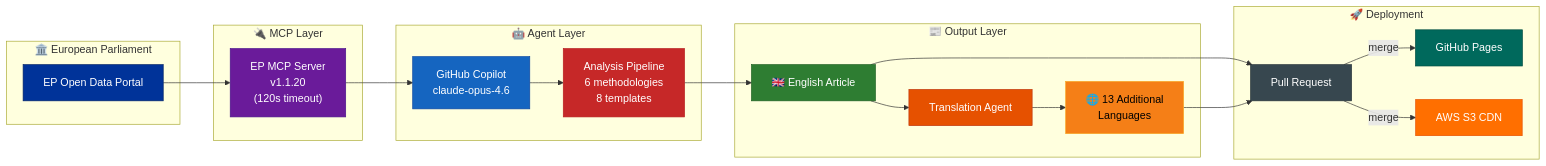
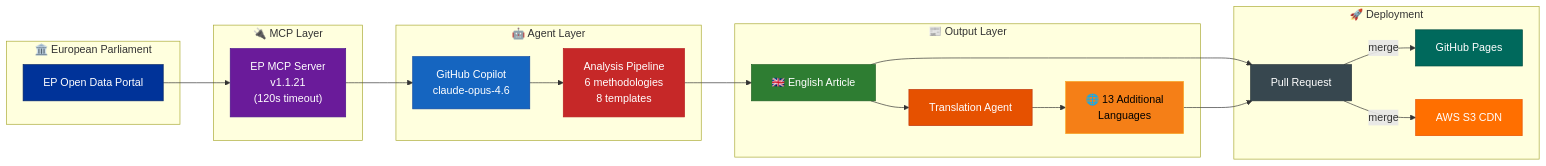
Diagram 21 of 21 in WORKFLOWS.md (Hack23/euparliamentmonitor), drawn with Mermaid before and after one commit. The commit also changed other lines of this file and 25 other files, not shown here.

First line of the commit message:
chore: update european-parliament-mcp-server references from 1.1.20 to 1.1.21 across all files

````diff
--- a/WORKFLOWS.md
+++ b/WORKFLOWS.md
@@ -1746,42 +1746,42 @@
 ```mermaid
 flowchart LR
     subgraph "🏛️ European Parliament"
         EP["EP Open Data Portal"]
     end
 
     subgraph "🔌 MCP Layer"
-        MCP["EP MCP Server<br/>v1.1.20<br/>(120s timeout)"]
+        MCP["EP MCP Server<br/>v1.1.21<br/>(120s timeout)"]
     end
 
     subgraph "🤖 Agent Layer"
         Agent["GitHub Copilot<br/>claude-opus-4.6"]
         Analyze["Analysis Pipeline<br/>6 methodologies<br/>8 templates"]
     end
 
     subgraph "📰 Output Layer"
         EN["🇬🇧 English Article"]
         Translate["Translation Agent"]
         Multi["🌐 13 Additional<br/>Languages"]
     end
 
     subgraph "🚀 Deployment"
         PR["Pull Request"]
         Pages["GitHub Pages"]
         S3["AWS S3 CDN"]
     end
 
     EP --> MCP --> Agent --> Analyze --> EN --> PR
     EN --> Translate --> Multi --> PR
     PR --> |"merge"| Pages & S3
 
     style EP fill:#003399,stroke:#002266,color:#FFFFFF
     style MCP fill:#6A1B9A,stroke:#4A148C,color:#FFFFFF
     style Agent fill:#1565C0,stroke:#0D47A1,color:#FFFFFF
     style Analyze fill:#C62828,stroke:#B71C1C,color:#FFFFFF
     style EN fill:#2E7D32,stroke:#1B5E20,color:#FFFFFF
     style Translate fill:#E65100,stroke:#BF360C,color:#FFFFFF
     style Multi fill:#F57F17,stroke:#F9A825,color:#000000
     style PR fill:#37474F,stroke:#263238,color:#FFFFFF
     style Pages fill:#00695C,stroke:#004D40,color:#FFFFFF
     style S3 fill:#FF6F00,stroke:#E65100,color:#FFFFFF
 ```
````
